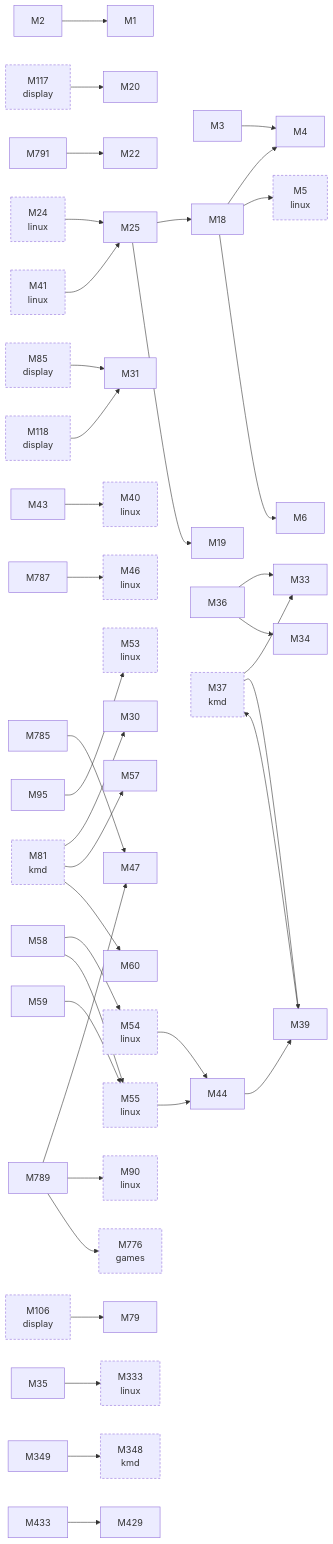
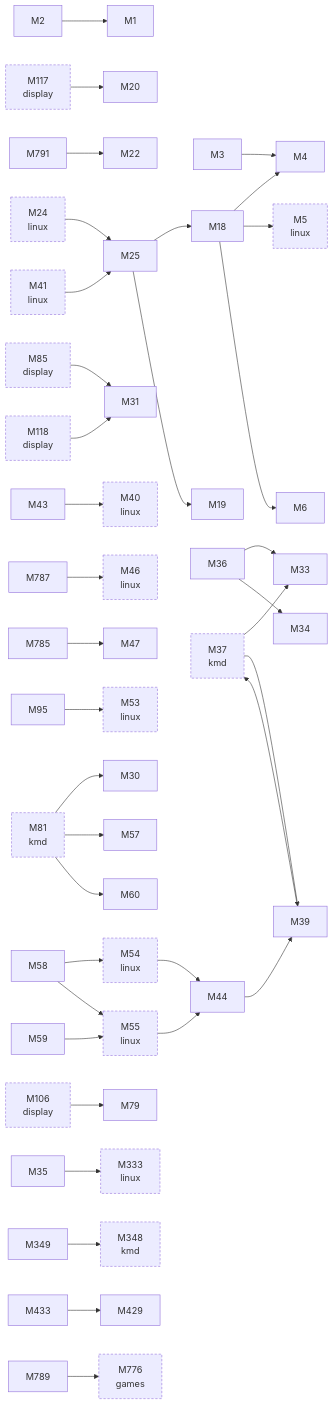
Before and after one commit to D-Ogi/amdgpu-wddm: the second of 2 diagrams in docs/facts/graphs/hardware.md, drawn with Mermaid. The commit also changed other lines of this file and 16 other files, not shown here.

````diff
--- a/docs/facts/graphs/hardware.md
+++ b/docs/facts/graphs/hardware.md
@@ -86,7 +91,6 @@
   M79["M79"]
   M81["M81<br/>kmd"]
   M85["M85<br/>display"]
-  M90["M90<br/>linux"]
   M95["M95"]
   M106["M106<br/>display"]
   M117["M117<br/>display"]
@@ -122,8 +126,6 @@
   M433 --> M429
   M785 --> M47
   M787 --> M46
-  M789 --> M47
-  M789 --> M90
   M789 --> M776
   M791 --> M22
   M37 --> M33
@@ -140,5 +142,5 @@
   M54 --> M44
   M55 --> M44
   classDef other stroke-dasharray:4 3
-  class M5,M24,M37,M40,M41,M46,M53,M54,M55,M81,M85,M90,M106,M117,M118,M333,M348,M776 other
+  class M5,M24,M37,M40,M41,M46,M53,M54,M55,M81,M85,M106,M117,M118,M333,M348,M776 other
 ```
````
